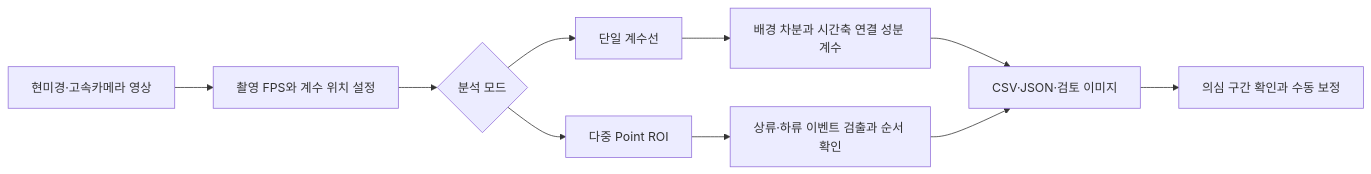
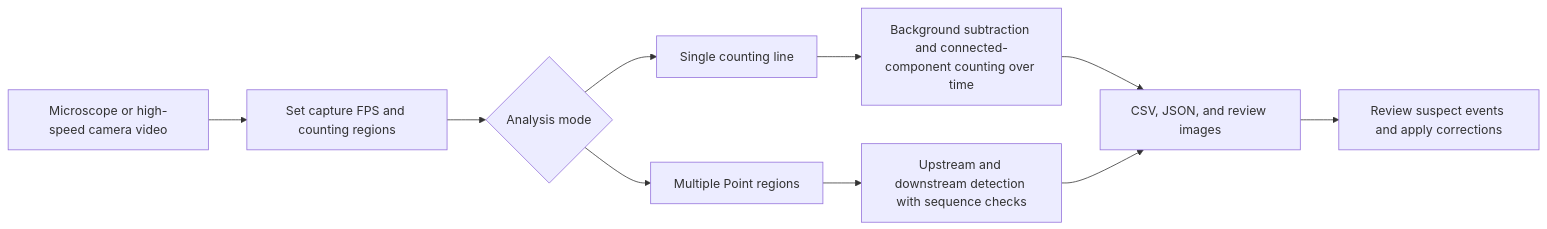
The diagram in README.md (sel00000/mems-droplet-counter), drawn with Mermaid before and after one commit. The commit also changed other lines of this file and 2 other files, not shown here.

````diff
--- a/README.md
+++ b/README.md
@@ -28,12 +28,12 @@
 ```mermaid
 flowchart LR
-    A[현미경·고속카메라 영상] --> B[촬영 FPS와 계수 위치 설정]
-    B --> C{분석 모드}
-    C --> D[단일 계수선]
-    C --> E[다중 Point ROI]
-    D --> F[배경 차분과 시간축 연결 성분 계수]
-    E --> G[상류·하류 이벤트 검출과 순서 확인]
-    F --> H[CSV·JSON·검토 이미지]
+    A[Microscope or high-speed camera video] --> B[Set capture FPS and counting regions]
+    B --> C{Analysis mode}
+    C --> D[Single counting line]
+    C --> E[Multiple Point regions]
+    D --> F[Background subtraction and connected-component counting over time]
+    E --> G[Upstream and downstream detection with sequence checks]
+    F --> H[CSV, JSON, and review images]
     G --> H
-    H --> I[의심 구간 확인과 수동 보정]
+    H --> I[Review suspect events and apply corrections]
 ```
````
